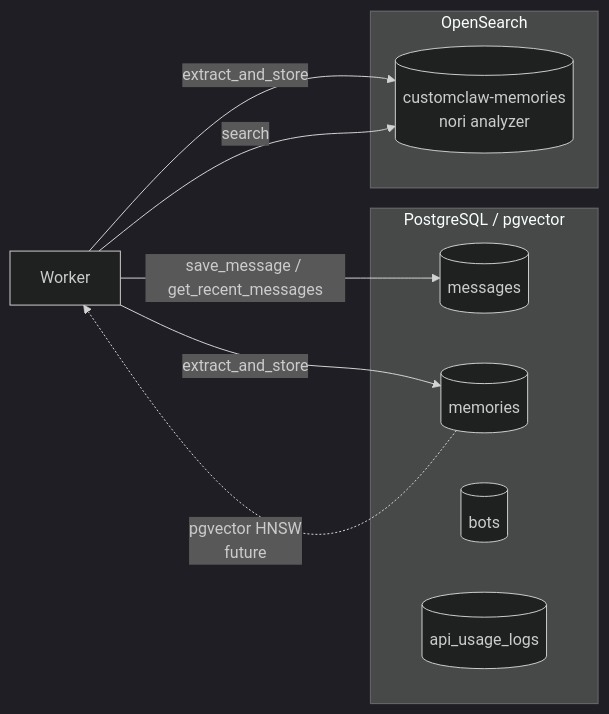
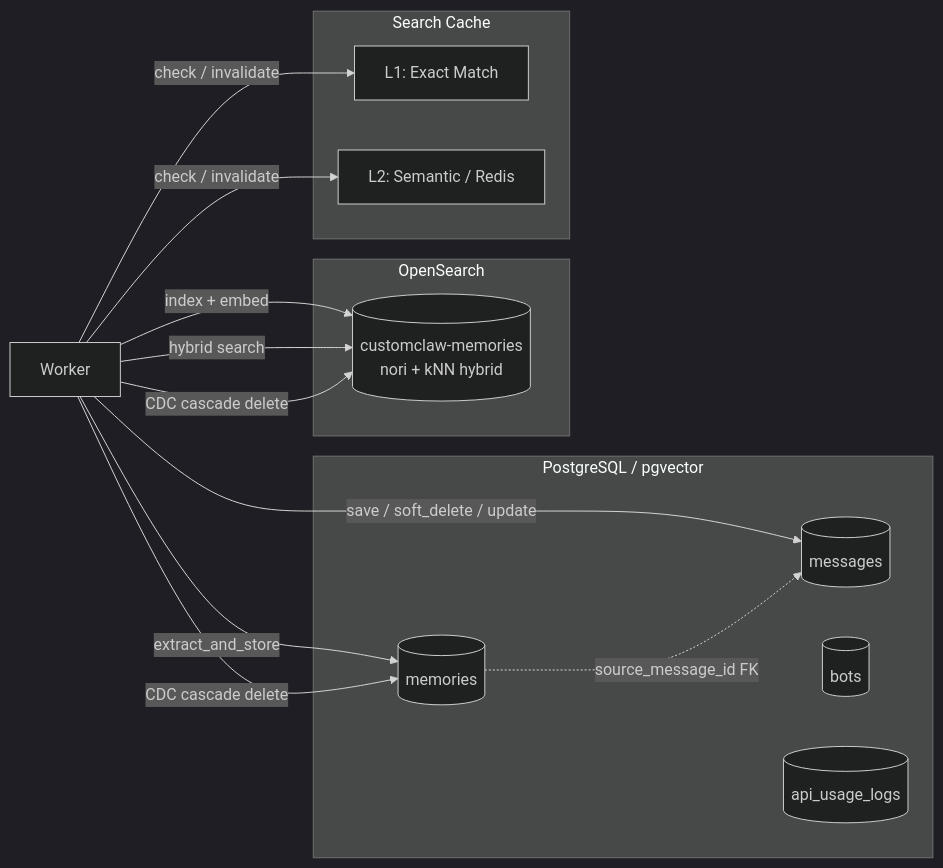
Before and after one commit to baekenough/customclaw: the first of 3 diagrams in docs/architecture.en.md, drawn with Mermaid (dark theme). The commit also changed other lines of this file and 1 other file, not shown here.

First line of the commit message:
docs: update architecture docs for CDC pipeline and hybrid search (#54, #31)

````diff
--- a/docs/architecture.en.md
+++ b/docs/architecture.en.md
@@ -21,21 +21,30 @@
 ```mermaid
 flowchart LR
     W[Worker]
 
     subgraph PostgreSQL [PostgreSQL / pgvector]
         MSG[(messages)]
         MEM[(memories)]
         BOT[(bots)]
         AUL[(api_usage_logs)]
     end
 
     subgraph OS [OpenSearch]
-        IDX[(customclaw-memories\nnori analyzer)]
+        IDX[(customclaw-memories\nnori + kNN hybrid)]
     end
 
-    W -->|save_message / get_recent_messages| MSG
+    subgraph Cache [Search Cache]
+        L1[L1: Exact Match]
+        L2[L2: Semantic / Redis]
+    end
+
+    W -->|save / soft_delete / update| MSG
     W -->|extract_and_store| MEM
-    W -->|extract_and_store| IDX
-    W -->|search| IDX
-    MEM -.->|pgvector HNSW\nfuture| W
+    W -->|index + embed| IDX
+    W -->|hybrid search| IDX
+    W -->|CDC cascade delete| MEM
+    W -->|CDC cascade delete| IDX
+    W -->|check / invalidate| L1
+    W -->|check / invalidate| L2
+    MEM -.->|source_message_id FK| MSG
 ```
````
